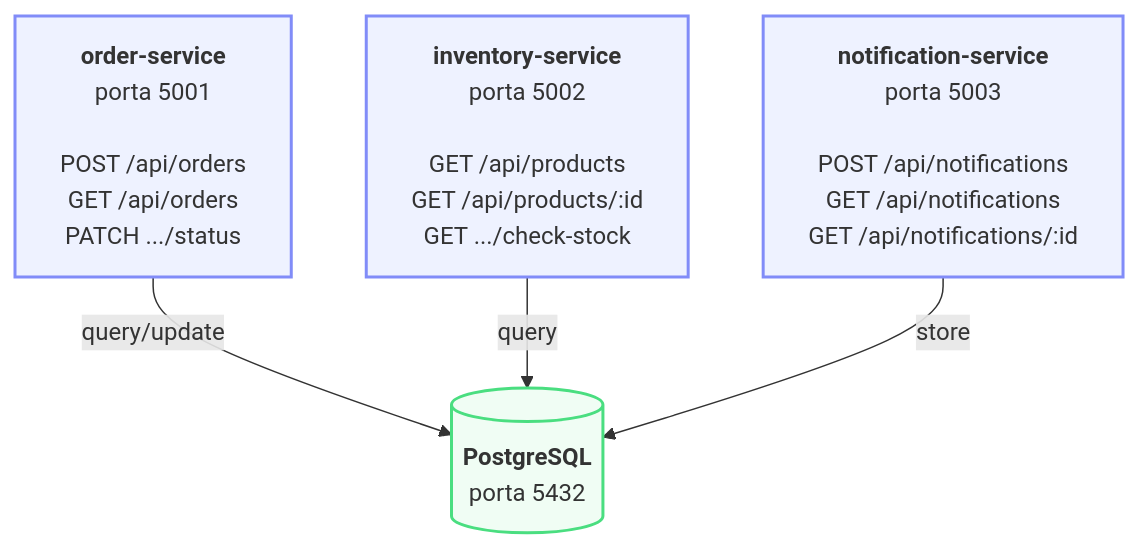
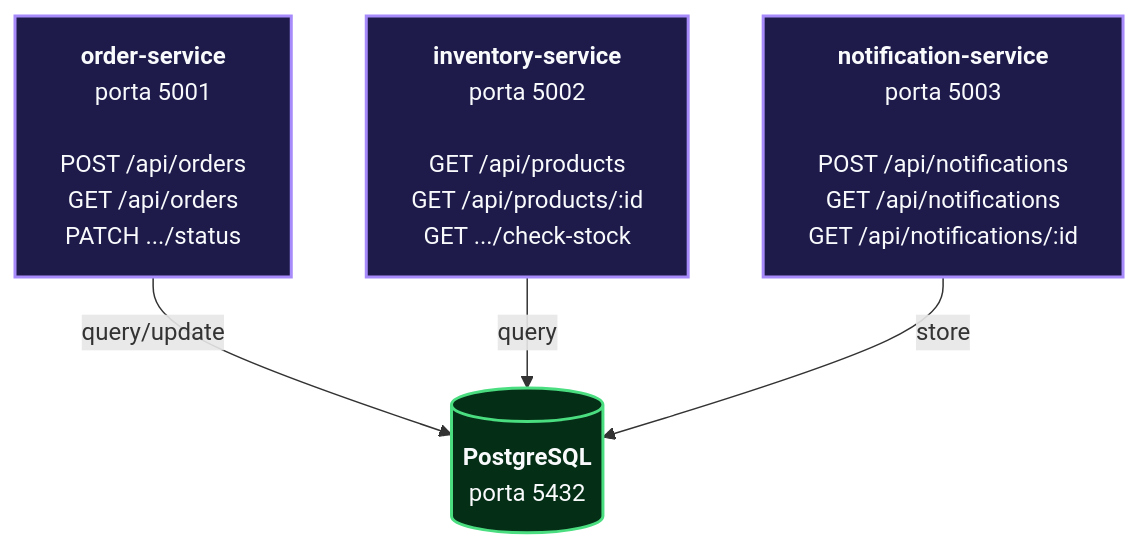
Before and after one commit to Mirkogeria/OrderFlow_DevOps: the diagram in README.md, drawn with Mermaid.

Commit message:
Update service and database styles in README

````diff
--- a/README.md
+++ b/README.md
@@ -9,17 +9,17 @@
 ```mermaid
 graph TB
     OrderService["<b>order-service</b><br/>porta 5001<br/><br/>POST /api/orders<br/>GET /api/orders<br/>PATCH .../status"]
     InventoryService["<b>inventory-service</b><br/>porta 5002<br/><br/>GET /api/products<br/>GET /api/products/:id<br/>GET .../check-stock"]
     NotificationService["<b>notification-service</b><br/>porta 5003<br/><br/>POST /api/notifications<br/>GET /api/notifications<br/>GET /api/notifications/:id"]
     PostgreSQL[("<b>PostgreSQL</b><br/>porta 5432")]
     
     OrderService -->|query/update| PostgreSQL
     InventoryService -->|query| PostgreSQL
     NotificationService -->|store| PostgreSQL
     
-    classDef service stroke:#818cf8,fill:#eef2ff,stroke-width:2px
-    classDef database stroke:#4ade80,fill:#f0fdf4,stroke-width:2px
+    classDef service stroke:#a78bfa,fill:#1e1b4b,color:#f8fafc,stroke-width:2px
+    classDef database stroke:#4ade80,fill:#052e16,color:#f8fafc,stroke-width:2px
     
     class OrderService,InventoryService,NotificationService service
     class PostgreSQL database
 ```
````
